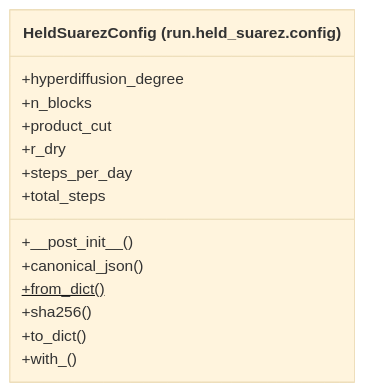
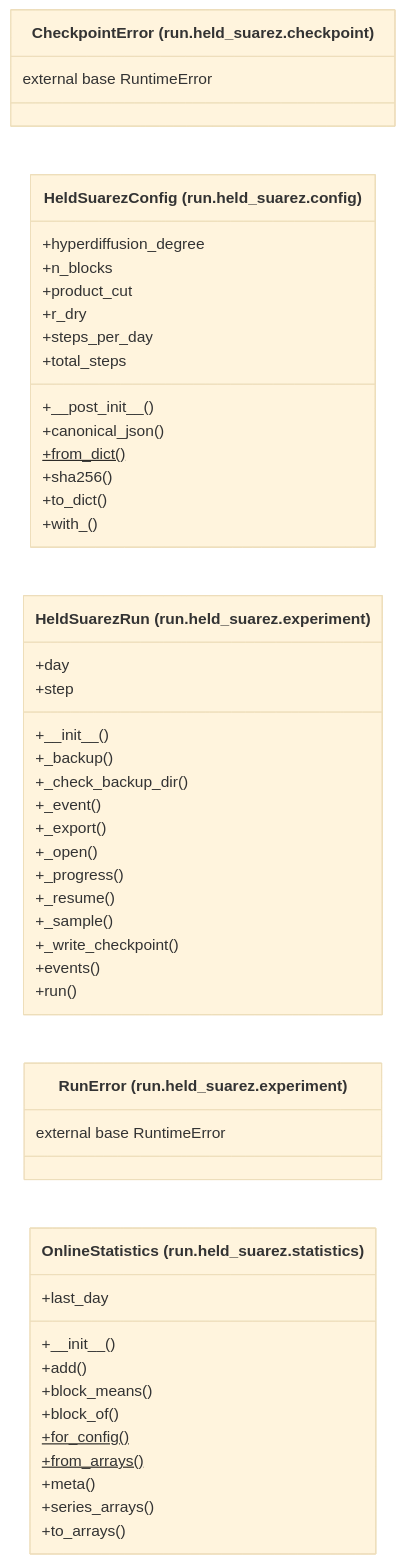
One commit to AlexandreEros/Palintropos changed the diagram in docs/architecture/current/classes/tropoi.run.held_suarez.mmd. Above: the diagram before and after it, drawn with Mermaid (base theme). The commit also changed 21 other files, not shown here.

```diff
--- a/docs/architecture/current/classes/tropoi.run.held_suarez.mmd
+++ b/docs/architecture/current/classes/tropoi.run.held_suarez.mmd
@@ -1,17 +1,47 @@
 %% Generated by tools.architecture 1.0.0. Do not edit by hand.
 %% All classes defined in package tropoi.run.held_suarez.
 classDiagram
     direction LR
+    class c_tropoi_orun_oheld__suarez_ocheckpoint_oCheckpointError["CheckpointError (run.held_suarez.checkpoint)"]
+    c_tropoi_orun_oheld__suarez_ocheckpoint_oCheckpointError : external base RuntimeError
     class c_tropoi_orun_oheld__suarez_oconfig_oHeldSuarezConfig["HeldSuarezConfig (run.held_suarez.config)"]
     c_tropoi_orun_oheld__suarez_oconfig_oHeldSuarezConfig : +#95;#95;post#95;init#95;#95;()
     c_tropoi_orun_oheld__suarez_oconfig_oHeldSuarezConfig : +canonical#95;json()
     c_tropoi_orun_oheld__suarez_oconfig_oHeldSuarezConfig : +from#95;dict()$
     c_tropoi_orun_oheld__suarez_oconfig_oHeldSuarezConfig : +hyperdiffusion#95;degree
     c_tropoi_orun_oheld__suarez_oconfig_oHeldSuarezConfig : +n#95;blocks
     c_tropoi_orun_oheld__suarez_oconfig_oHeldSuarezConfig : +product#95;cut
     c_tropoi_orun_oheld__suarez_oconfig_oHeldSuarezConfig : +r#95;dry
     c_tropoi_orun_oheld__suarez_oconfig_oHeldSuarezConfig : +sha256()
     c_tropoi_orun_oheld__suarez_oconfig_oHeldSuarezConfig : +steps#95;per#95;day
     c_tropoi_orun_oheld__suarez_oconfig_oHeldSuarezConfig : +to#95;dict()
     c_tropoi_orun_oheld__suarez_oconfig_oHeldSuarezConfig : +total#95;steps
     c_tropoi_orun_oheld__suarez_oconfig_oHeldSuarezConfig : +with#95;()
+    class c_tropoi_orun_oheld__suarez_oexperiment_oHeldSuarezRun["HeldSuarezRun (run.held_suarez.experiment)"]
+    c_tropoi_orun_oheld__suarez_oexperiment_oHeldSuarezRun : +#95;#95;init#95;#95;()
+    c_tropoi_orun_oheld__suarez_oexperiment_oHeldSuarezRun : +#95;backup()
+    c_tropoi_orun_oheld__suarez_oexperiment_oHeldSuarezRun : +#95;check#95;backup#95;dir()
+    c_tropoi_orun_oheld__suarez_oexperiment_oHeldSuarezRun : +#95;event()
+    c_tropoi_orun_oheld__suarez_oexperiment_oHeldSuarezRun : +#95;export()
+    c_tropoi_orun_oheld__suarez_oexperiment_oHeldSuarezRun : +#95;open()
+    c_tropoi_orun_oheld__suarez_oexperiment_oHeldSuarezRun : +#95;progress()
+    c_tropoi_orun_oheld__suarez_oexperiment_oHeldSuarezRun : +#95;resume()
+    c_tropoi_orun_oheld__suarez_oexperiment_oHeldSuarezRun : +#95;sample()
+    c_tropoi_orun_oheld__suarez_oexperiment_oHeldSuarezRun : +#95;write#95;checkpoint()
+    c_tropoi_orun_oheld__suarez_oexperiment_oHeldSuarezRun : +day
+    c_tropoi_orun_oheld__suarez_oexperiment_oHeldSuarezRun : +events()
+    c_tropoi_orun_oheld__suarez_oexperiment_oHeldSuarezRun : +run()
+    c_tropoi_orun_oheld__suarez_oexperiment_oHeldSuarezRun : +step
+    class c_tropoi_orun_oheld__suarez_oexperiment_oRunError["RunError (run.held_suarez.experiment)"]
+    c_tropoi_orun_oheld__suarez_oexperiment_oRunError : external base RuntimeError
+    class c_tropoi_orun_oheld__suarez_ostatistics_oOnlineStatistics["OnlineStatistics (run.held_suarez.statistics)"]
+    c_tropoi_orun_oheld__suarez_ostatistics_oOnlineStatistics : +#95;#95;init#95;#95;()
+    c_tropoi_orun_oheld__suarez_ostatistics_oOnlineStatistics : +add()
+    c_tropoi_orun_oheld__suarez_ostatistics_oOnlineStatistics : +block#95;means()
+    c_tropoi_orun_oheld__suarez_ostatistics_oOnlineStatistics : +block#95;of()
+    c_tropoi_orun_oheld__suarez_ostatistics_oOnlineStatistics : +for#95;config()$
+    c_tropoi_orun_oheld__suarez_ostatistics_oOnlineStatistics : +from#95;arrays()$
+    c_tropoi_orun_oheld__suarez_ostatistics_oOnlineStatistics : +last#95;day
+    c_tropoi_orun_oheld__suarez_ostatistics_oOnlineStatistics : +meta()
+    c_tropoi_orun_oheld__suarez_ostatistics_oOnlineStatistics : +series#95;arrays()
+    c_tropoi_orun_oheld__suarez_ostatistics_oOnlineStatistics : +to#95;arrays()
```
